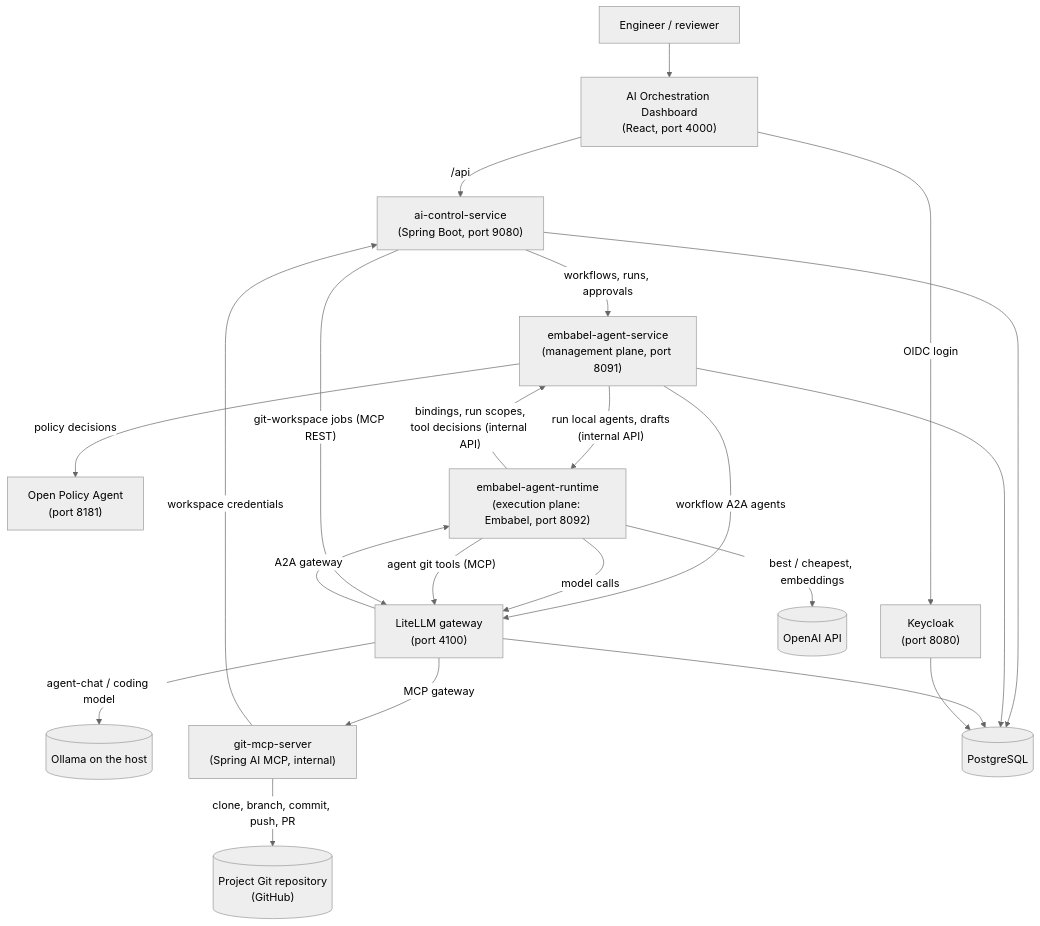
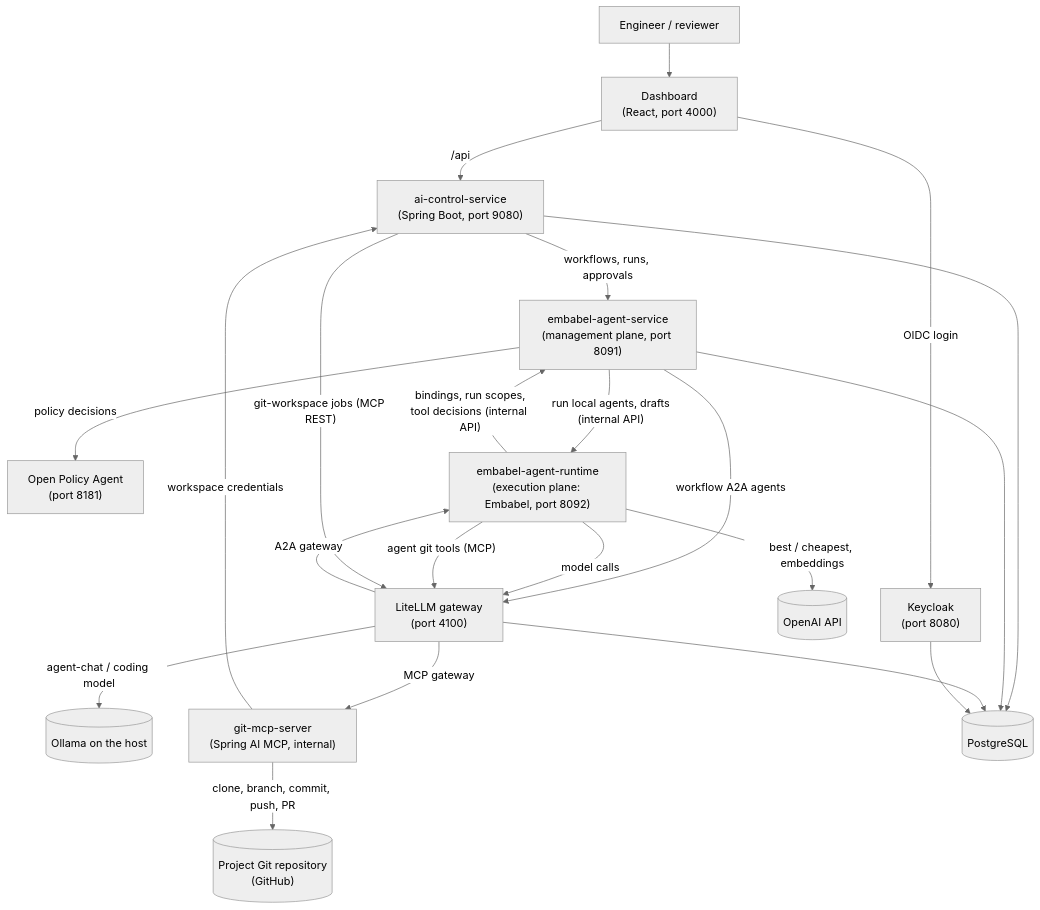
The first of 3 diagrams in docs/readme/concepts/architecture.md (OpenJCockpit/OpenJCockpit), drawn with Mermaid (neutral theme) before and after one commit. The commit also changed other lines of this file and 6 other files, not shown here.

````diff
--- a/docs/readme/concepts/architecture.md
+++ b/docs/readme/concepts/architecture.md
@@ -10,21 +10,21 @@
 ```mermaid
 flowchart TB
-    U["Engineer / reviewer"] --> D["AI Orchestration Dashboard<br/>(React, port 4000)"]
+    U["Engineer / reviewer"] --> D["Dashboard<br/>(React, port 4000)"]
     D -- "OIDC login" --> K["Keycloak<br/>(port 8080)"]
     D -- "/api" --> AC["ai-control-service<br/>(Spring Boot, port 9080)"]
     AC -- "workflows, runs, approvals" --> EA["embabel-agent-service<br/>(management plane, port 8091)"]
     EA -- "policy decisions" --> OPA["Open Policy Agent<br/>(port 8181)"]
     EA -- "run local agents, drafts<br/>(internal API)" --> RT["embabel-agent-runtime<br/>(execution plane: Embabel, port 8092)"]
     RT -- "bindings, run scopes,<br/>tool decisions (internal API)" --> EA
     EA -- "workflow A2A agents" --> L["LiteLLM gateway<br/>(port 4100)"]
     RT -- "model calls" --> L
     L -- "agent-chat / coding model" --> OL[("Ollama on the host")]
     RT -- "best / cheapest, embeddings" --> OA[("OpenAI API")]
     L -- "A2A gateway" --> RT
     L -- "MCP gateway" --> G["git-mcp-server<br/>(Spring AI MCP, internal)"]
     RT -- "agent git tools (MCP)" --> L
     AC -- "git-workspace jobs (MCP REST)" --> L
     G -- "clone, branch, commit, push, PR" --> R[("Project Git repository<br/>(GitHub)")]
     G -- "workspace credentials" --> AC
     AC & EA & L & K --> P[("PostgreSQL")]
 ```
````
